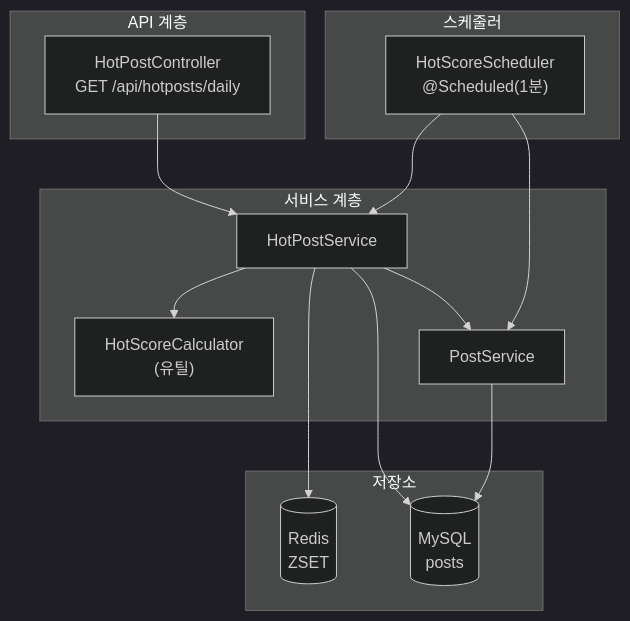
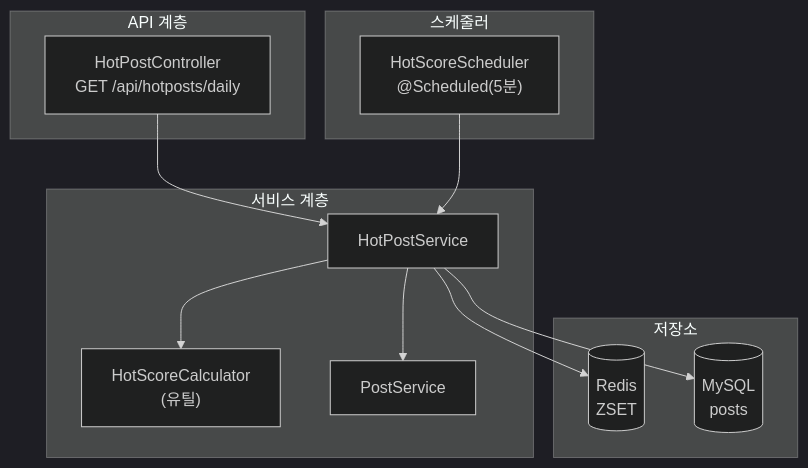
Before and after one commit to JangHyeok2909/highteenday-backend: the first of 5 diagrams in docs/HOT_POST_SYSTEM.md, drawn with Mermaid (dark theme). The commit also changed other lines of this file and 14 other files, not shown here.

First line of the commit message:
refactor: rename HotScore methods and Redis key prefix for clarity

````diff
--- a/docs/HOT_POST_SYSTEM.md
+++ b/docs/HOT_POST_SYSTEM.md
@@ -71,31 +71,29 @@
 ```mermaid
 flowchart TB
     subgraph API["API 계층"]
         HotPostController["HotPostController<br/>GET /api/hotposts/daily"]
     end
 
     subgraph Service["서비스 계층"]
         HotPostService["HotPostService"]
         HotScoreCalculator["HotScoreCalculator<br/>(유틸)"]
         PostService["PostService"]
     end
 
     subgraph Scheduler["스케줄러"]
-        HotScoreScheduler["HotScoreScheduler<br/>@Scheduled(1분)"]
+        HotScoreScheduler["HotScoreScheduler<br/>@Scheduled(5분)"]
     end
 
     subgraph Storage["저장소"]
         Redis[("Redis<br/>ZSET")]
         MySQL[("MySQL<br/>posts")]
     end
 
     HotPostController --> HotPostService
     HotPostService --> HotScoreCalculator
     HotPostService --> PostService
     HotPostService --> Redis
     HotPostService --> MySQL
 
-    HotScoreScheduler --> PostService
     HotScoreScheduler --> HotPostService
-    PostService --> MySQL
 ```
````
